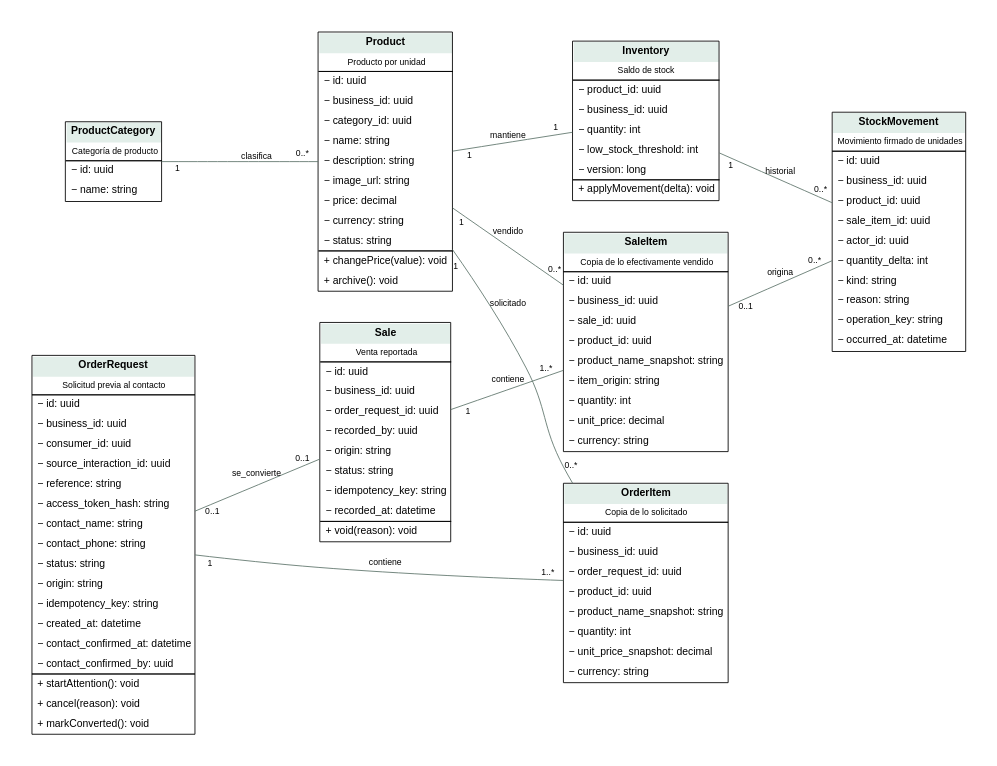
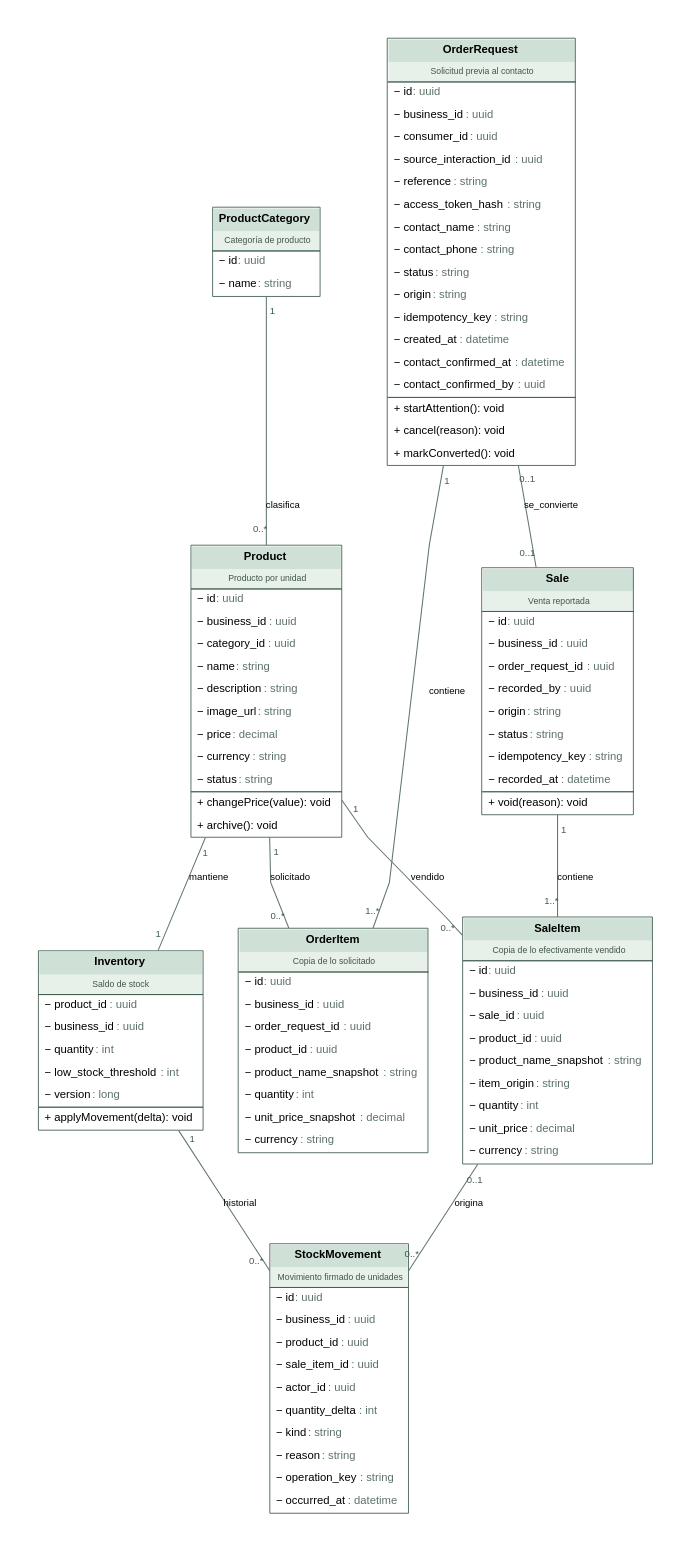
One commit to agustinlopez23/tesis changed the diagram in Doc/model/figures/UML-02-comercio.dot. Above: the diagram before and after it, drawn with Graphviz. The commit also changed 31 other files, not shown here.

```diff
--- a/Doc/model/figures/UML-02-comercio.dot
+++ b/Doc/model/figures/UML-02-comercio.dot
@@ -1,16 +1,16 @@
-digraph G { graph [rankdir=LR,bgcolor="white",pad=0.4,nodesep=0.5,ranksep=1.2]; node [shape=plain,fontname="Arial",fontsize=12]; edge [fontname="Arial",fontsize=10,color="#60756c"]; ProductCategory [label=<<TABLE BORDER="1" CELLBORDER="0" CELLSPACING="0" CELLPADDING="5"><TR><TD BGCOLOR="#e2eee9"><B>ProductCategory</B></TD></TR><TR><TD><FONT POINT-SIZE="10">Categoría de producto</FONT></TD></TR><HR/><TR><TD ALIGN="LEFT">− id: uuid</TD></TR><TR><TD ALIGN="LEFT">− name: string</TD></TR></TABLE>>];
-Product [label=<<TABLE BORDER="1" CELLBORDER="0" CELLSPACING="0" CELLPADDING="5"><TR><TD BGCOLOR="#e2eee9"><B>Product</B></TD></TR><TR><TD><FONT POINT-SIZE="10">Producto por unidad</FONT></TD></TR><HR/><TR><TD ALIGN="LEFT">− id: uuid</TD></TR><TR><TD ALIGN="LEFT">− business_id: uuid</TD></TR><TR><TD ALIGN="LEFT">− category_id: uuid</TD></TR><TR><TD ALIGN="LEFT">− name: string</TD></TR><TR><TD ALIGN="LEFT">− description: string</TD></TR><TR><TD ALIGN="LEFT">− image_url: string</TD></TR><TR><TD ALIGN="LEFT">− price: decimal</TD></TR><TR><TD ALIGN="LEFT">− currency: string</TD></TR><TR><TD ALIGN="LEFT">− status: string</TD></TR><HR/><TR><TD ALIGN="LEFT">+ changePrice(value): void</TD></TR><TR><TD ALIGN="LEFT">+ archive(): void</TD></TR></TABLE>>];
-Inventory [label=<<TABLE BORDER="1" CELLBORDER="0" CELLSPACING="0" CELLPADDING="5"><TR><TD BGCOLOR="#e2eee9"><B>Inventory</B></TD></TR><TR><TD><FONT POINT-SIZE="10">Saldo de stock</FONT></TD></TR><HR/><TR><TD ALIGN="LEFT">− product_id: uuid</TD></TR><TR><TD ALIGN="LEFT">− business_id: uuid</TD></TR><TR><TD ALIGN="LEFT">− quantity: int</TD></TR><TR><TD ALIGN="LEFT">− low_stock_threshold: int</TD></TR><TR><TD ALIGN="LEFT">− version: long</TD></TR><HR/><TR><TD ALIGN="LEFT">+ applyMovement(delta): void</TD></TR></TABLE>>];
-OrderRequest [label=<<TABLE BORDER="1" CELLBORDER="0" CELLSPACING="0" CELLPADDING="5"><TR><TD BGCOLOR="#e2eee9"><B>OrderRequest</B></TD></TR><TR><TD><FONT POINT-SIZE="10">Solicitud previa al contacto</FONT></TD></TR><HR/><TR><TD ALIGN="LEFT">− id: uuid</TD></TR><TR><TD ALIGN="LEFT">− business_id: uuid</TD></TR><TR><TD ALIGN="LEFT">− consumer_id: uuid</TD></TR><TR><TD ALIGN="LEFT">− source_interaction_id: uuid</TD></TR><TR><TD ALIGN="LEFT">− reference: string</TD></TR><TR><TD ALIGN="LEFT">− access_token_hash: string</TD></TR><TR><TD ALIGN="LEFT">− contact_name: string</TD></TR><TR><TD ALIGN="LEFT">− contact_phone: string</TD></TR><TR><TD ALIGN="LEFT">− status: string</TD></TR><TR><TD ALIGN="LEFT">− origin: string</TD></TR><TR><TD ALIGN="LEFT">− idempotency_key: string</TD></TR><TR><TD ALIGN="LEFT">− created_at: datetime</TD></TR><TR><TD ALIGN="LEFT">− contact_confirmed_at: datetime</TD></TR><TR><TD ALIGN="LEFT">− contact_confirmed_by: uuid</TD></TR><HR/><TR><TD ALIGN="LEFT">+ startAttention(): void</TD></TR><TR><TD ALIGN="LEFT">+ cancel(reason): void</TD></TR><TR><TD ALIGN="LEFT">+ markConverted(): void</TD></TR></TABLE>>];
-OrderItem [label=<<TABLE BORDER="1" CELLBORDER="0" CELLSPACING="0" CELLPADDING="5"><TR><TD BGCOLOR="#e2eee9"><B>OrderItem</B></TD></TR><TR><TD><FONT POINT-SIZE="10">Copia de lo solicitado</FONT></TD></TR><HR/><TR><TD ALIGN="LEFT">− id: uuid</TD></TR><TR><TD ALIGN="LEFT">− business_id: uuid</TD></TR><TR><TD ALIGN="LEFT">− order_request_id: uuid</TD></TR><TR><TD ALIGN="LEFT">− product_id: uuid</TD></TR><TR><TD ALIGN="LEFT">− product_name_snapshot: string</TD></TR><TR><TD ALIGN="LEFT">− quantity: int</TD></TR><TR><TD ALIGN="LEFT">− unit_price_snapshot: decimal</TD></TR><TR><TD ALIGN="LEFT">− currency: string</TD></TR></TABLE>>];
-Sale [label=<<TABLE BORDER="1" CELLBORDER="0" CELLSPACING="0" CELLPADDING="5"><TR><TD BGCOLOR="#e2eee9"><B>Sale</B></TD></TR><TR><TD><FONT POINT-SIZE="10">Venta reportada</FONT></TD></TR><HR/><TR><TD ALIGN="LEFT">− id: uuid</TD></TR><TR><TD ALIGN="LEFT">− business_id: uuid</TD></TR><TR><TD ALIGN="LEFT">− order_request_id: uuid</TD></TR><TR><TD ALIGN="LEFT">− recorded_by: uuid</TD></TR><TR><TD ALIGN="LEFT">− origin: string</TD></TR><TR><TD ALIGN="LEFT">− status: string</TD></TR><TR><TD ALIGN="LEFT">− idempotency_key: string</TD></TR><TR><TD ALIGN="LEFT">− recorded_at: datetime</TD></TR><HR/><TR><TD ALIGN="LEFT">+ void(reason): void</TD></TR></TABLE>>];
-SaleItem [label=<<TABLE BORDER="1" CELLBORDER="0" CELLSPACING="0" CELLPADDING="5"><TR><TD BGCOLOR="#e2eee9"><B>SaleItem</B></TD></TR><TR><TD><FONT POINT-SIZE="10">Copia de lo efectivamente vendido</FONT></TD></TR><HR/><TR><TD ALIGN="LEFT">− id: uuid</TD></TR><TR><TD ALIGN="LEFT">− business_id: uuid</TD></TR><TR><TD ALIGN="LEFT">− sale_id: uuid</TD></TR><TR><TD ALIGN="LEFT">− product_id: uuid</TD></TR><TR><TD ALIGN="LEFT">− product_name_snapshot: string</TD></TR><TR><TD ALIGN="LEFT">− item_origin: string</TD></TR><TR><TD ALIGN="LEFT">− quantity: int</TD></TR><TR><TD ALIGN="LEFT">− unit_price: decimal</TD></TR><TR><TD ALIGN="LEFT">− currency: string</TD></TR></TABLE>>];
-StockMovement [label=<<TABLE BORDER="1" CELLBORDER="0" CELLSPACING="0" CELLPADDING="5"><TR><TD BGCOLOR="#e2eee9"><B>StockMovement</B></TD></TR><TR><TD><FONT POINT-SIZE="10">Movimiento firmado de unidades</FONT></TD></TR><HR/><TR><TD ALIGN="LEFT">− id: uuid</TD></TR><TR><TD ALIGN="LEFT">− business_id: uuid</TD></TR><TR><TD ALIGN="LEFT">− product_id: uuid</TD></TR><TR><TD ALIGN="LEFT">− sale_item_id: uuid</TD></TR><TR><TD ALIGN="LEFT">− actor_id: uuid</TD></TR><TR><TD ALIGN="LEFT">− quantity_delta: int</TD></TR><TR><TD ALIGN="LEFT">− kind: string</TD></TR><TR><TD ALIGN="LEFT">− reason: string</TD></TR><TR><TD ALIGN="LEFT">− operation_key: string</TD></TR><TR><TD ALIGN="LEFT">− occurred_at: datetime</TD></TR></TABLE>>]; ProductCategory -> Product [dir=none,taillabel="1",headlabel="0..*",label="clasifica",labeldistance=2];
-Product -> Inventory [dir=none,taillabel="1",headlabel="1",label="mantiene",labeldistance=2];
-OrderRequest -> OrderItem [dir=none,taillabel="1",headlabel="1..*",label="contiene",labeldistance=2];
-Product -> OrderItem [dir=none,taillabel="1",headlabel="0..*",label="solicitado",labeldistance=2];
-OrderRequest -> Sale [dir=none,taillabel="0..1",headlabel="0..1",label="se_convierte",labeldistance=2];
-Sale -> SaleItem [dir=none,taillabel="1",headlabel="1..*",label="contiene",labeldistance=2];
-Product -> SaleItem [dir=none,taillabel="1",headlabel="0..*",label="vendido",labeldistance=2];
-Inventory -> StockMovement [dir=none,taillabel="1",headlabel="0..*",label="historial",labeldistance=2];
-SaleItem -> StockMovement [dir=none,taillabel="0..1",headlabel="0..*",label="origina",labeldistance=2]; }
+digraph G { graph [rankdir=TB,bgcolor="white",pad=0.5,nodesep=0.55,ranksep=1.1,splines=polyline,concentrate=false,fontname="Arial"]; node [shape=plain,fontname="Arial",fontsize=13]; edge [fontname="Arial",fontsize=11,color="#60756c",penwidth=1.2,arrowsize=1.1]; ProductCategory [label=<<TABLE BORDER="1" CELLBORDER="0" CELLSPACING="0" CELLPADDING="6" COLOR="#3f5d4e"><TR><TD BGCOLOR="#cfe0d6"><B>ProductCategory</B></TD></TR><TR><TD BGCOLOR="#e8f0ea"><FONT POINT-SIZE="10" COLOR="#40564a">Categoría de producto</FONT></TD></TR><HR/><TR><TD ALIGN="LEFT">− id<FONT COLOR="#5d7268"> : uuid</FONT></TD></TR><TR><TD ALIGN="LEFT">− name<FONT COLOR="#5d7268"> : string</FONT></TD></TR></TABLE>>];
+Product [label=<<TABLE BORDER="1" CELLBORDER="0" CELLSPACING="0" CELLPADDING="6" COLOR="#3f5d4e"><TR><TD BGCOLOR="#cfe0d6"><B>Product</B></TD></TR><TR><TD BGCOLOR="#e8f0ea"><FONT POINT-SIZE="10" COLOR="#40564a">Producto por unidad</FONT></TD></TR><HR/><TR><TD ALIGN="LEFT">− id<FONT COLOR="#5d7268"> : uuid</FONT></TD></TR><TR><TD ALIGN="LEFT">− business_id<FONT COLOR="#5d7268"> : uuid</FONT></TD></TR><TR><TD ALIGN="LEFT">− category_id<FONT COLOR="#5d7268"> : uuid</FONT></TD></TR><TR><TD ALIGN="LEFT">− name<FONT COLOR="#5d7268"> : string</FONT></TD></TR><TR><TD ALIGN="LEFT">− description<FONT COLOR="#5d7268"> : string</FONT></TD></TR><TR><TD ALIGN="LEFT">− image_url<FONT COLOR="#5d7268"> : string</FONT></TD></TR><TR><TD ALIGN="LEFT">− price<FONT COLOR="#5d7268"> : decimal</FONT></TD></TR><TR><TD ALIGN="LEFT">− currency<FONT COLOR="#5d7268"> : string</FONT></TD></TR><TR><TD ALIGN="LEFT">− status<FONT COLOR="#5d7268"> : string</FONT></TD></TR><HR/><TR><TD ALIGN="LEFT">+ changePrice(value): void</TD></TR><TR><TD ALIGN="LEFT">+ archive(): void</TD></TR></TABLE>>];
+Inventory [label=<<TABLE BORDER="1" CELLBORDER="0" CELLSPACING="0" CELLPADDING="6" COLOR="#3f5d4e"><TR><TD BGCOLOR="#cfe0d6"><B>Inventory</B></TD></TR><TR><TD BGCOLOR="#e8f0ea"><FONT POINT-SIZE="10" COLOR="#40564a">Saldo de stock</FONT></TD></TR><HR/><TR><TD ALIGN="LEFT">− product_id<FONT COLOR="#5d7268"> : uuid</FONT></TD></TR><TR><TD ALIGN="LEFT">− business_id<FONT COLOR="#5d7268"> : uuid</FONT></TD></TR><TR><TD ALIGN="LEFT">− quantity<FONT COLOR="#5d7268"> : int</FONT></TD></TR><TR><TD ALIGN="LEFT">− low_stock_threshold<FONT COLOR="#5d7268"> : int</FONT></TD></TR><TR><TD ALIGN="LEFT">− version<FONT COLOR="#5d7268"> : long</FONT></TD></TR><HR/><TR><TD ALIGN="LEFT">+ applyMovement(delta): void</TD></TR></TABLE>>];
+OrderRequest [label=<<TABLE BORDER="1" CELLBORDER="0" CELLSPACING="0" CELLPADDING="6" COLOR="#3f5d4e"><TR><TD BGCOLOR="#cfe0d6"><B>OrderRequest</B></TD></TR><TR><TD BGCOLOR="#e8f0ea"><FONT POINT-SIZE="10" COLOR="#40564a">Solicitud previa al contacto</FONT></TD></TR><HR/><TR><TD ALIGN="LEFT">− id<FONT COLOR="#5d7268"> : uuid</FONT></TD></TR><TR><TD ALIGN="LEFT">− business_id<FONT COLOR="#5d7268"> : uuid</FONT></TD></TR><TR><TD ALIGN="LEFT">− consumer_id<FONT COLOR="#5d7268"> : uuid</FONT></TD></TR><TR><TD ALIGN="LEFT">− source_interaction_id<FONT COLOR="#5d7268"> : uuid</FONT></TD></TR><TR><TD ALIGN="LEFT">− reference<FONT COLOR="#5d7268"> : string</FONT></TD></TR><TR><TD ALIGN="LEFT">− access_token_hash<FONT COLOR="#5d7268"> : string</FONT></TD></TR><TR><TD ALIGN="LEFT">− contact_name<FONT COLOR="#5d7268"> : string</FONT></TD></TR><TR><TD ALIGN="LEFT">− contact_phone<FONT COLOR="#5d7268"> : string</FONT></TD></TR><TR><TD ALIGN="LEFT">− status<FONT COLOR="#5d7268"> : string</FONT></TD></TR><TR><TD ALIGN="LEFT">− origin<FONT COLOR="#5d7268"> : string</FONT></TD></TR><TR><TD ALIGN="LEFT">− idempotency_key<FONT COLOR="#5d7268"> : string</FONT></TD></TR><TR><TD ALIGN="LEFT">− created_at<FONT COLOR="#5d7268"> : datetime</FONT></TD></TR><TR><TD ALIGN="LEFT">− contact_confirmed_at<FONT COLOR="#5d7268"> : datetime</FONT></TD></TR><TR><TD ALIGN="LEFT">− contact_confirmed_by<FONT COLOR="#5d7268"> : uuid</FONT></TD></TR><HR/><TR><TD ALIGN="LEFT">+ startAttention(): void</TD></TR><TR><TD ALIGN="LEFT">+ cancel(reason): void</TD></TR><TR><TD ALIGN="LEFT">+ markConverted(): void</TD></TR></TABLE>>];
+OrderItem [label=<<TABLE BORDER="1" CELLBORDER="0" CELLSPACING="0" CELLPADDING="6" COLOR="#3f5d4e"><TR><TD BGCOLOR="#cfe0d6"><B>OrderItem</B></TD></TR><TR><TD BGCOLOR="#e8f0ea"><FONT POINT-SIZE="10" COLOR="#40564a">Copia de lo solicitado</FONT></TD></TR><HR/><TR><TD ALIGN="LEFT">− id<FONT COLOR="#5d7268"> : uuid</FONT></TD></TR><TR><TD ALIGN="LEFT">− business_id<FONT COLOR="#5d7268"> : uuid</FONT></TD></TR><TR><TD ALIGN="LEFT">− order_request_id<FONT COLOR="#5d7268"> : uuid</FONT></TD></TR><TR><TD ALIGN="LEFT">− product_id<FONT COLOR="#5d7268"> : uuid</FONT></TD></TR><TR><TD ALIGN="LEFT">− product_name_snapshot<FONT COLOR="#5d7268"> : string</FONT></TD></TR><TR><TD ALIGN="LEFT">− quantity<FONT COLOR="#5d7268"> : int</FONT></TD></TR><TR><TD ALIGN="LEFT">− unit_price_snapshot<FONT COLOR="#5d7268"> : decimal</FONT></TD></TR><TR><TD ALIGN="LEFT">− currency<FONT COLOR="#5d7268"> : string</FONT></TD></TR></TABLE>>];
+Sale [label=<<TABLE BORDER="1" CELLBORDER="0" CELLSPACING="0" CELLPADDING="6" COLOR="#3f5d4e"><TR><TD BGCOLOR="#cfe0d6"><B>Sale</B></TD></TR><TR><TD BGCOLOR="#e8f0ea"><FONT POINT-SIZE="10" COLOR="#40564a">Venta reportada</FONT></TD></TR><HR/><TR><TD ALIGN="LEFT">− id<FONT COLOR="#5d7268"> : uuid</FONT></TD></TR><TR><TD ALIGN="LEFT">− business_id<FONT COLOR="#5d7268"> : uuid</FONT></TD></TR><TR><TD ALIGN="LEFT">− order_request_id<FONT COLOR="#5d7268"> : uuid</FONT></TD></TR><TR><TD ALIGN="LEFT">− recorded_by<FONT COLOR="#5d7268"> : uuid</FONT></TD></TR><TR><TD ALIGN="LEFT">− origin<FONT COLOR="#5d7268"> : string</FONT></TD></TR><TR><TD ALIGN="LEFT">− status<FONT COLOR="#5d7268"> : string</FONT></TD></TR><TR><TD ALIGN="LEFT">− idempotency_key<FONT COLOR="#5d7268"> : string</FONT></TD></TR><TR><TD ALIGN="LEFT">− recorded_at<FONT COLOR="#5d7268"> : datetime</FONT></TD></TR><HR/><TR><TD ALIGN="LEFT">+ void(reason): void</TD></TR></TABLE>>];
+SaleItem [label=<<TABLE BORDER="1" CELLBORDER="0" CELLSPACING="0" CELLPADDING="6" COLOR="#3f5d4e"><TR><TD BGCOLOR="#cfe0d6"><B>SaleItem</B></TD></TR><TR><TD BGCOLOR="#e8f0ea"><FONT POINT-SIZE="10" COLOR="#40564a">Copia de lo efectivamente vendido</FONT></TD></TR><HR/><TR><TD ALIGN="LEFT">− id<FONT COLOR="#5d7268"> : uuid</FONT></TD></TR><TR><TD ALIGN="LEFT">− business_id<FONT COLOR="#5d7268"> : uuid</FONT></TD></TR><TR><TD ALIGN="LEFT">− sale_id<FONT COLOR="#5d7268"> : uuid</FONT></TD></TR><TR><TD ALIGN="LEFT">− product_id<FONT COLOR="#5d7268"> : uuid</FONT></TD></TR><TR><TD ALIGN="LEFT">− product_name_snapshot<FONT COLOR="#5d7268"> : string</FONT></TD></TR><TR><TD ALIGN="LEFT">− item_origin<FONT COLOR="#5d7268"> : string</FONT></TD></TR><TR><TD ALIGN="LEFT">− quantity<FONT COLOR="#5d7268"> : int</FONT></TD></TR><TR><TD ALIGN="LEFT">− unit_price<FONT COLOR="#5d7268"> : decimal</FONT></TD></TR><TR><TD ALIGN="LEFT">− currency<FONT COLOR="#5d7268"> : string</FONT></TD></TR></TABLE>>];
+StockMovement [label=<<TABLE BORDER="1" CELLBORDER="0" CELLSPACING="0" CELLPADDING="6" COLOR="#3f5d4e"><TR><TD BGCOLOR="#cfe0d6"><B>StockMovement</B></TD></TR><TR><TD BGCOLOR="#e8f0ea"><FONT POINT-SIZE="10" COLOR="#40564a">Movimiento firmado de unidades</FONT></TD></TR><HR/><TR><TD ALIGN="LEFT">− id<FONT COLOR="#5d7268"> : uuid</FONT></TD></TR><TR><TD ALIGN="LEFT">− business_id<FONT COLOR="#5d7268"> : uuid</FONT></TD></TR><TR><TD ALIGN="LEFT">− product_id<FONT COLOR="#5d7268"> : uuid</FONT></TD></TR><TR><TD ALIGN="LEFT">− sale_item_id<FONT COLOR="#5d7268"> : uuid</FONT></TD></TR><TR><TD ALIGN="LEFT">− actor_id<FONT COLOR="#5d7268"> : uuid</FONT></TD></TR><TR><TD ALIGN="LEFT">− quantity_delta<FONT COLOR="#5d7268"> : int</FONT></TD></TR><TR><TD ALIGN="LEFT">− kind<FONT COLOR="#5d7268"> : string</FONT></TD></TR><TR><TD ALIGN="LEFT">− reason<FONT COLOR="#5d7268"> : string</FONT></TD></TR><TR><TD ALIGN="LEFT">− operation_key<FONT COLOR="#5d7268"> : string</FONT></TD></TR><TR><TD ALIGN="LEFT">− occurred_at<FONT COLOR="#5d7268"> : datetime</FONT></TD></TR></TABLE>>]; ProductCategory -> Product [dir=none,taillabel="1",headlabel="0..*",label="clasifica",labeldistance=1.9,labelangle=22,labelfontsize=11,labelfontcolor="#3c5a4b"];
+Product -> Inventory [dir=none,taillabel="1",headlabel="1",label="mantiene",labeldistance=1.9,labelangle=22,labelfontsize=11,labelfontcolor="#3c5a4b"];
+OrderRequest -> OrderItem [dir=none,taillabel="1",headlabel="1..*",label="contiene",labeldistance=1.9,labelangle=22,labelfontsize=11,labelfontcolor="#3c5a4b"];
+Product -> OrderItem [dir=none,taillabel="1",headlabel="0..*",label="solicitado",labeldistance=1.9,labelangle=22,labelfontsize=11,labelfontcolor="#3c5a4b"];
+OrderRequest -> Sale [dir=none,taillabel="0..1",headlabel="0..1",label="se_convierte",labeldistance=1.9,labelangle=22,labelfontsize=11,labelfontcolor="#3c5a4b"];
+Sale -> SaleItem [dir=none,taillabel="1",headlabel="1..*",label="contiene",labeldistance=1.9,labelangle=22,labelfontsize=11,labelfontcolor="#3c5a4b"];
+Product -> SaleItem [dir=none,taillabel="1",headlabel="0..*",label="vendido",labeldistance=1.9,labelangle=22,labelfontsize=11,labelfontcolor="#3c5a4b"];
+Inventory -> StockMovement [dir=none,taillabel="1",headlabel="0..*",label="historial",labeldistance=1.9,labelangle=22,labelfontsize=11,labelfontcolor="#3c5a4b"];
+SaleItem -> StockMovement [dir=none,taillabel="0..1",headlabel="0..*",label="origina",labeldistance=1.9,labelangle=22,labelfontsize=11,labelfontcolor="#3c5a4b"]; }
```
